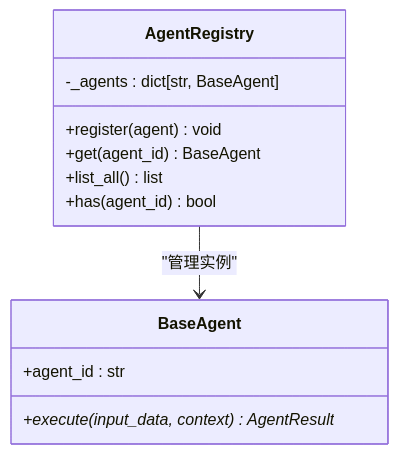
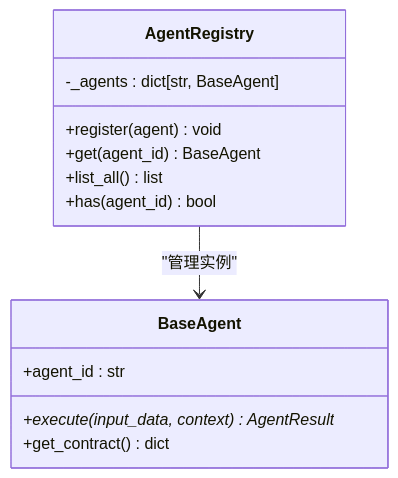
One commit to sansansansansan2022-web/hotclaw changed the sixth of 9 diagrams in .qoder/repowiki/zh/content/后端开发/Agent智能体系统/Agent智能体系统.md. Above: the diagram before and after it, drawn with Mermaid. The commit also changed other lines of this file and 44 other files, not shown here.

````diff
--- a/.qoder/repowiki/zh/content/后端开发/Agent智能体系统/Agent智能体系统.md
+++ b/.qoder/repowiki/zh/content/后端开发/Agent智能体系统/Agent智能体系统.md
@@ -289,15 +352,16 @@
 ```mermaid
 classDiagram
 class AgentRegistry {
 -_agents : dict[str, BaseAgent]
 +register(agent) void
 +get(agent_id) BaseAgent
 +list_all() list
 +has(agent_id) bool
 }
 class BaseAgent {
 +agent_id : str
 +execute(input_data, context) AgentResult*
++get_contract() dict
 }
 AgentRegistry --> BaseAgent : "管理实例"
 ```
````
